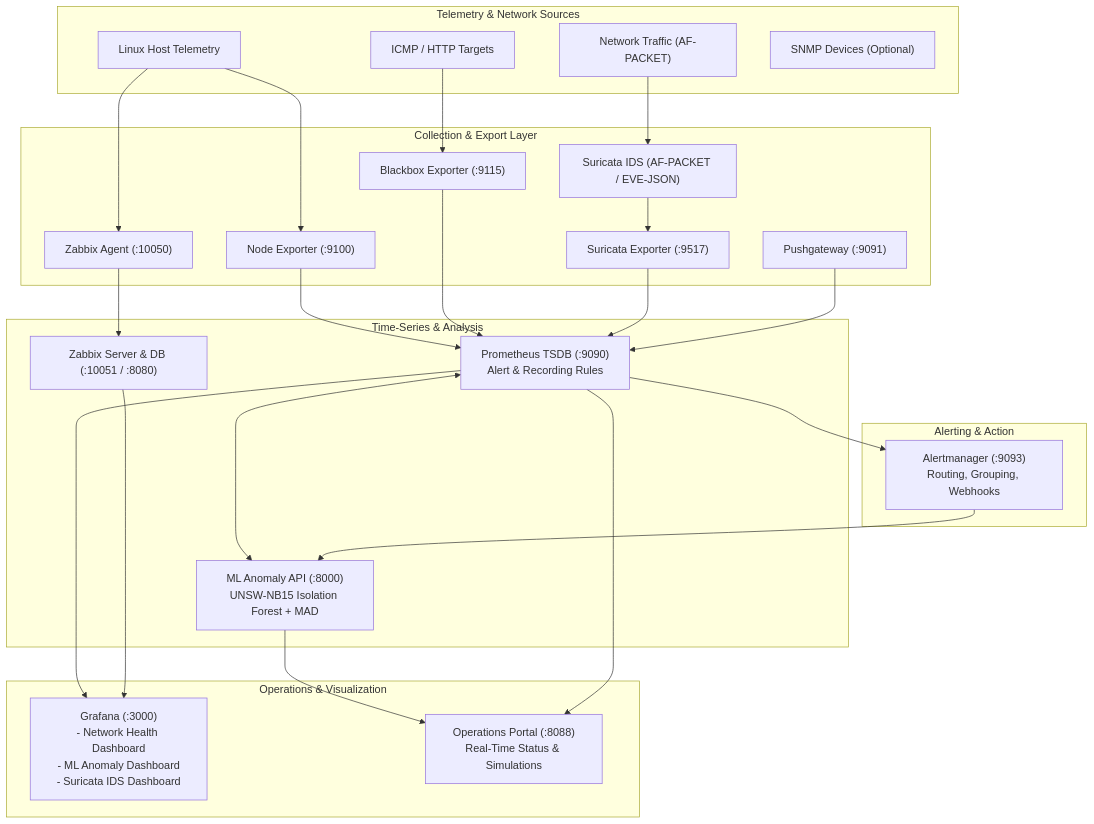
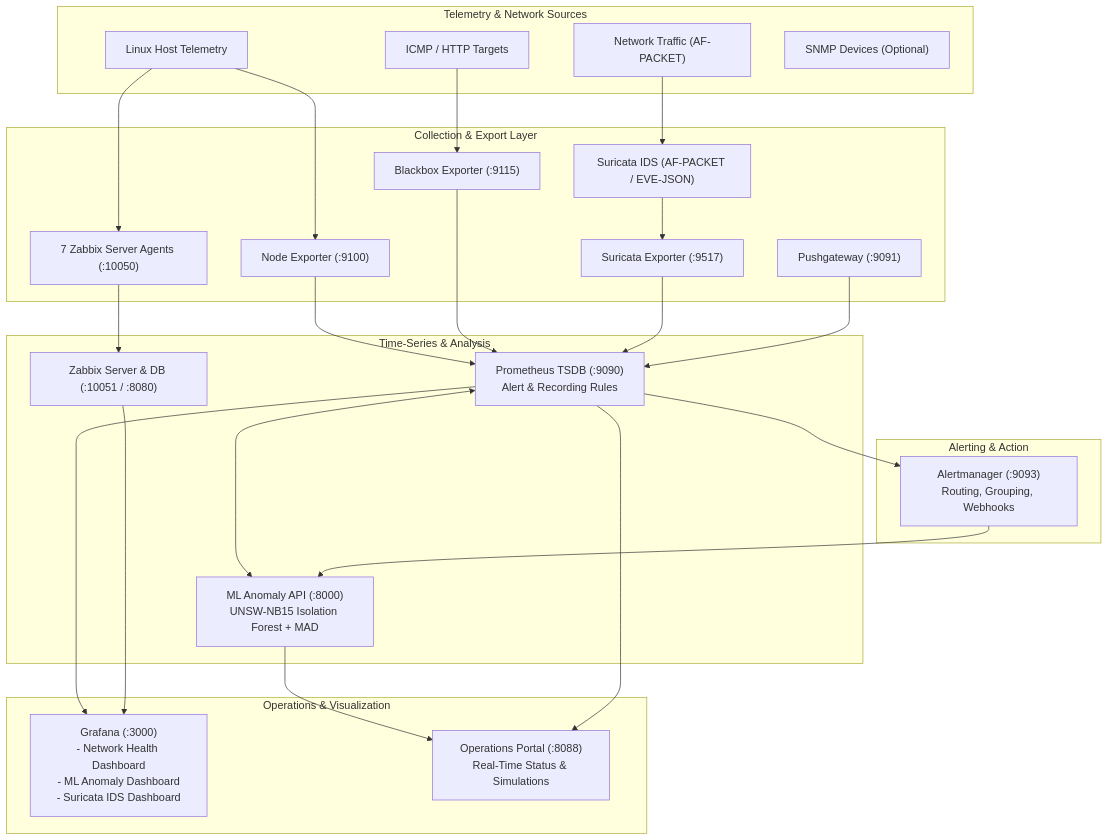
The diagram in diagrams/architecture.mmd (nimalanjanapiyumal/ML_MONITORING), drawn with Mermaid before and after one commit. The commit also changed 16 other files, not shown here.

```diff
--- a/diagrams/architecture.mmd
+++ b/diagrams/architecture.mmd
@@ -1,52 +1,52 @@
 flowchart TB
     subgraph Sources["Telemetry & Network Sources"]
         Host["Linux Host Telemetry"]
         Net["Network Traffic (AF-PACKET)"]
         Endpoints["ICMP / HTTP Targets"]
         SNMPDev["SNMP Devices (Optional)"]
     end
 
     subgraph Collectors["Collection & Export Layer"]
         NodeExp["Node Exporter (:9100)"]
         Blackbox["Blackbox Exporter (:9115)"]
         Suricata["Suricata IDS (AF-PACKET / EVE-JSON)"]
         SuriExp["Suricata Exporter (:9517)"]
         Pushgw["Pushgateway (:9091)"]
-        ZbxAgent["Zabbix Agent (:10050)"]
+        ZbxAgent["7 Zabbix Server Agents (:10050)"]
     end
 
     subgraph StorageEngine["Time-Series & Analysis"]
         Prom["Prometheus TSDB (:9090)<br/>Alert & Recording Rules"]
         ML["ML Anomaly API (:8000)<br/>UNSW-NB15 Isolation Forest + MAD"]
         ZbxServer["Zabbix Server & DB (:10051 / :8080)"]
     end
 
     subgraph Alerts["Alerting & Action"]
         AM["Alertmanager (:9093)<br/>Routing, Grouping, Webhooks"]
     end
 
     subgraph Presentation["Operations & Visualization"]
         Grafana["Grafana (:3000)<br/>- Network Health Dashboard<br/>- ML Anomaly Dashboard<br/>- Suricata IDS Dashboard"]
         Portal["Operations Portal (:8088)<br/>Real-Time Status & Simulations"]
     end
 
     Host --> NodeExp
     Endpoints --> Blackbox
     Net --> Suricata
     Suricata --> SuriExp
     Host --> ZbxAgent
 
     NodeExp --> Prom
     Blackbox --> Prom
     SuriExp --> Prom
     Pushgw --> Prom
     ZbxAgent --> ZbxServer
 
     Prom <--> ML
     Prom --> AM
     AM --> ML
 
     Prom --> Grafana
     ZbxServer --> Grafana
     ML --> Portal
     Prom --> Portal
```
